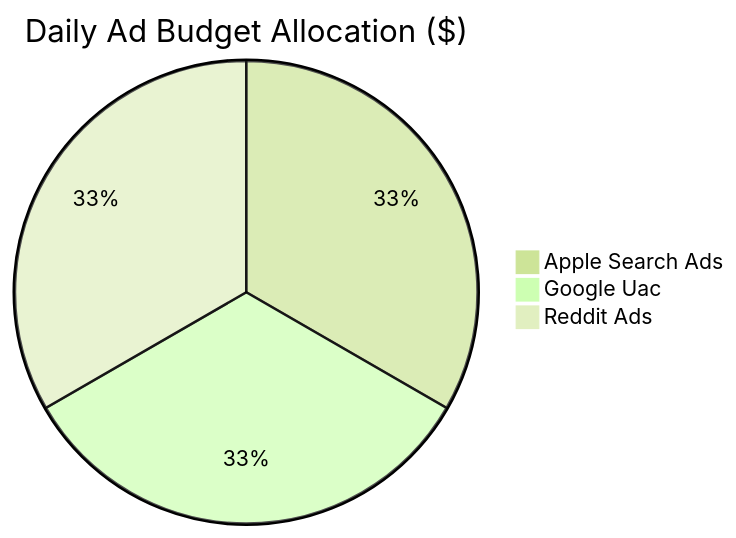
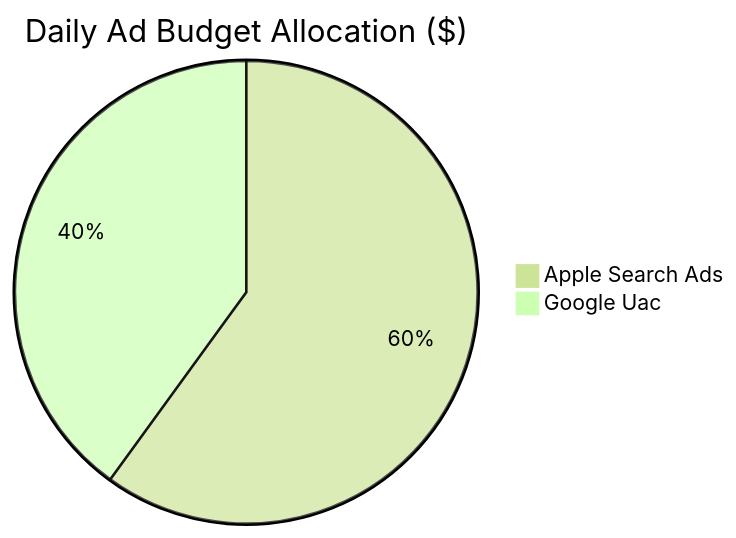
Before and after one commit to IgorGanapolsky/Random-Timer: the first of 4 diagrams in wiki/Paid-Acquisition.md, drawn with Mermaid (forest theme). The commit also changed other lines of this file and 9 other files, not shown here.

````diff
--- a/wiki/Paid-Acquisition.md
+++ b/wiki/Paid-Acquisition.md
@@ -44,6 +44,5 @@
 ```mermaid
 pie title Daily Ad Budget Allocation ($)
-    "Apple Search Ads" : 10.0
-    "Google Uac" : 10.0
-    "Reddit Ads" : 10.0
+    "Apple Search Ads" : 18.0
+    "Google Uac" : 12.0
 ```
````
